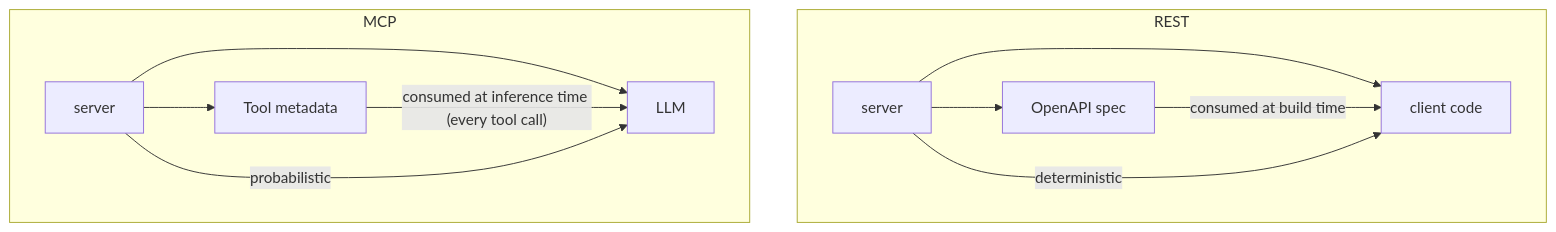
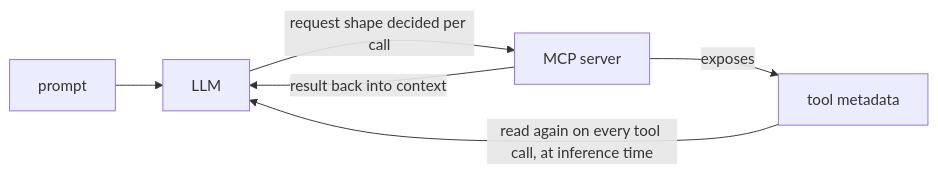
The second of 2 diagrams in articles/blog21.md (danielsteman/web-rs), drawn with Mermaid before and after one commit. The commit also changed other lines of this file, not shown here.

Commit message:
blog 21 wip

```diff
--- a/articles/blog21.md
+++ b/articles/blog21.md
@@ -12,16 +24,8 @@
 <pre class="mermaid">
-  flowchart TD
-    subgraph REST
-        A1[server] --> A2[OpenAPI spec]
-        A1 --> A3[client code]
-        A2 -- "consumed at build time" --> A3
-        A1 -- deterministic --> A3
-    end
-
-    subgraph MCP
-        B1[server] --> B2[Tool metadata]
-        B1 --> B3[LLM]
-        B2 -- "consumed at inference time (every tool call)" --> B3
-        B1 -- probabilistic --> B3
-    end
+  flowchart LR
+    B0[prompt] --> B3
+    B1[MCP server] -- exposes --> B2[tool metadata]
+    B2 -- "read again on every tool call, at inference time" --> B3[LLM]
+    B3 -- "request shape decided per call" --> B1
+    B1 -- "result back into context" --> B3
 </pre>
```
